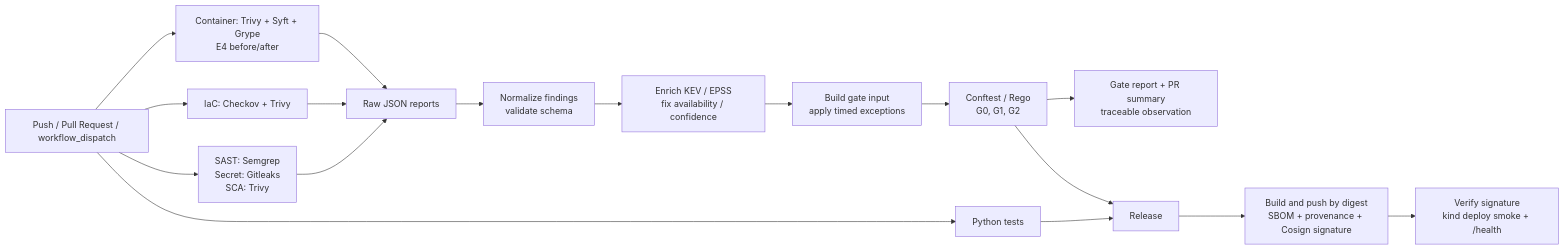
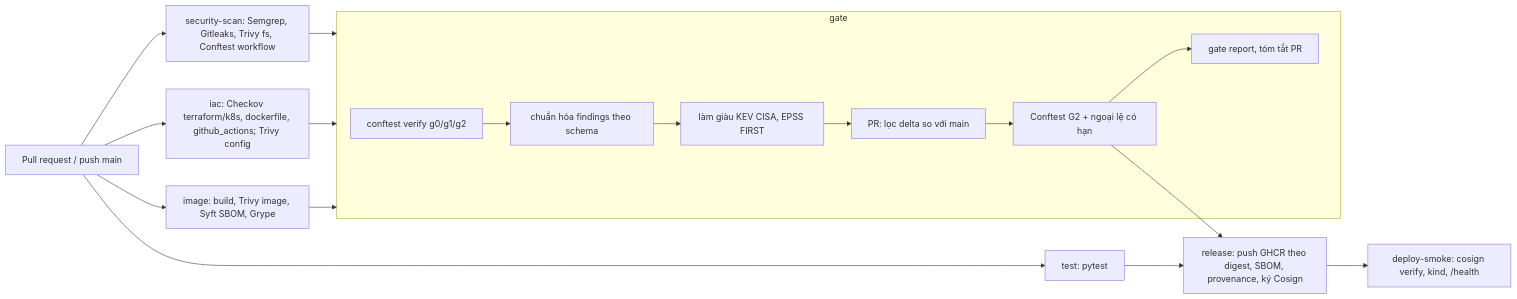
One commit to tranhuultai/012012303904_21_DevSecOps changed the diagram in README.md. Above: the diagram before and after it, drawn with Mermaid. The commit also changed other lines of this file and 3 other files, not shown here.

````diff
--- a/README.md
+++ b/README.md
@@ -88,19 +39,20 @@
 ```mermaid
 flowchart LR
-    A[Push / Pull Request / workflow_dispatch] --> T[Python tests]
-    A --> S[SAST: Semgrep<br/>Secret: Gitleaks<br/>SCA: Trivy]
-    A --> I[IaC: Checkov + Trivy]
-    A --> C[Container: Trivy + Syft + Grype<br/>E4 before/after]
-    S --> R[Raw JSON reports]
-    I --> R
-    C --> R
-    R --> N[Normalize findings<br/>validate schema]
-    N --> E[Enrich KEV / EPSS<br/>fix availability / confidence]
-    E --> G[Build gate input<br/>apply timed exceptions]
-    G --> P[Conftest / Rego<br/>G0, G1, G2]
-    P --> O[Gate report + PR summary<br/>traceable observation]
-    T --> Q[Release]
-    P --> Q
-    Q --> B[Build and push by digest<br/>SBOM + provenance + Cosign signature]
-    B --> D[Verify signature<br/>kind deploy smoke + /health]
+    PR[Pull request / push main] --> T[test: pytest]
+    PR --> S[security-scan: Semgrep, Gitleaks, Trivy fs, Conftest workflow]
+    PR --> I[iac: Checkov terraform/k8s, dockerfile, github_actions; Trivy config]
+    PR --> C[image: build, Trivy image, Syft SBOM, Grype]
+    S --> G
+    I --> G
+    C --> G
+    subgraph G[gate]
+      V[conftest verify g0/g1/g2] --> N[chuẩn hóa findings theo schema]
+      N --> K[làm giàu KEV CISA, EPSS FIRST]
+      K --> D[PR: lọc delta so với main]
+      D --> P[Conftest G2 + ngoại lệ có hạn]
+      P --> M[gate report, tóm tắt PR]
+    end
+    T --> R[release: push GHCR theo digest, SBOM, provenance, ký Cosign]
+    P --> R
+    R --> Y[deploy-smoke: cosign verify, kind, /health]
 ```
````
